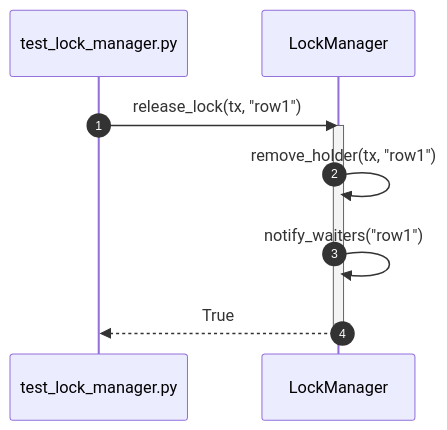
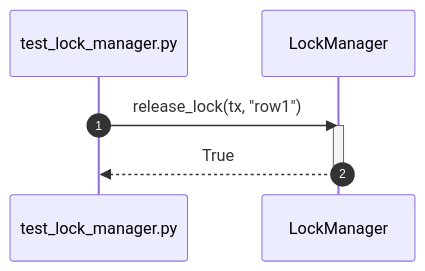
Before and after one commit to taitran501/DBMS: diagram 21 of 52 in diagrams/sequence/transaction.md, drawn with Mermaid. The commit also changed other lines of this file and 6 other files, not shown here.

````diff
--- a/diagrams/sequence/transaction.md
+++ b/diagrams/sequence/transaction.md
@@ -317,13 +314,11 @@
 ```mermaid
 sequenceDiagram
     autonumber
     participant Test as test_lock_manager.py
     participant SUT as LockManager
 
     Test->>SUT: release_lock(tx, "row1")
     activate SUT
-    SUT->>SUT: remove_holder(tx, "row1")
-    SUT->>SUT: notify_waiters("row1")
     SUT-->>Test: True
     deactivate SUT
 ```
````
